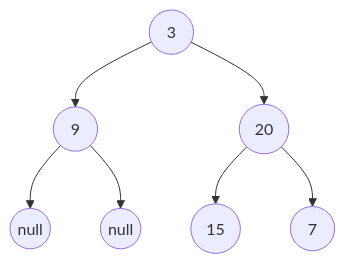
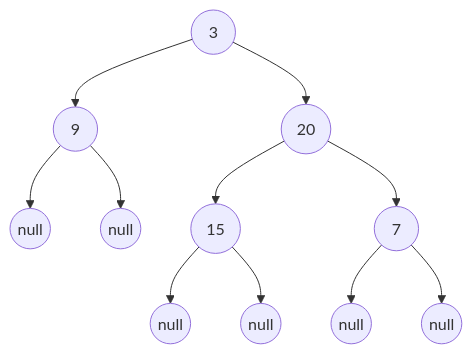
Before and after one commit to kiol1812/Problem-Set: the diagram in Problems/DivideAndConquer/PA/readme.md, drawn with Mermaid. The commit also changed other lines of this file and 9 other files, not shown here.

````diff
--- a/Problems/DivideAndConquer/PA/readme.md
+++ b/Problems/DivideAndConquer/PA/readme.md
@@ -31,10 +31,14 @@
 ```mermaid
 flowchart TD
     A((&ensp;&thinsp;3&thinsp;&ensp;))  
     A --> B((&thinsp;&ensp;9&thinsp;&ensp;))
     A --> C((&ensp;20&ensp;))
     B --> D((null))
     B --> E((null))
     C --> F((&ensp;15&ensp;))
     C --> G((&ensp;&thinsp;7&thinsp;&ensp;))
+    F --> H((null))
+    F --> I((null))
+    G --> J((null))
+    G --> K((null))
 ```
````
